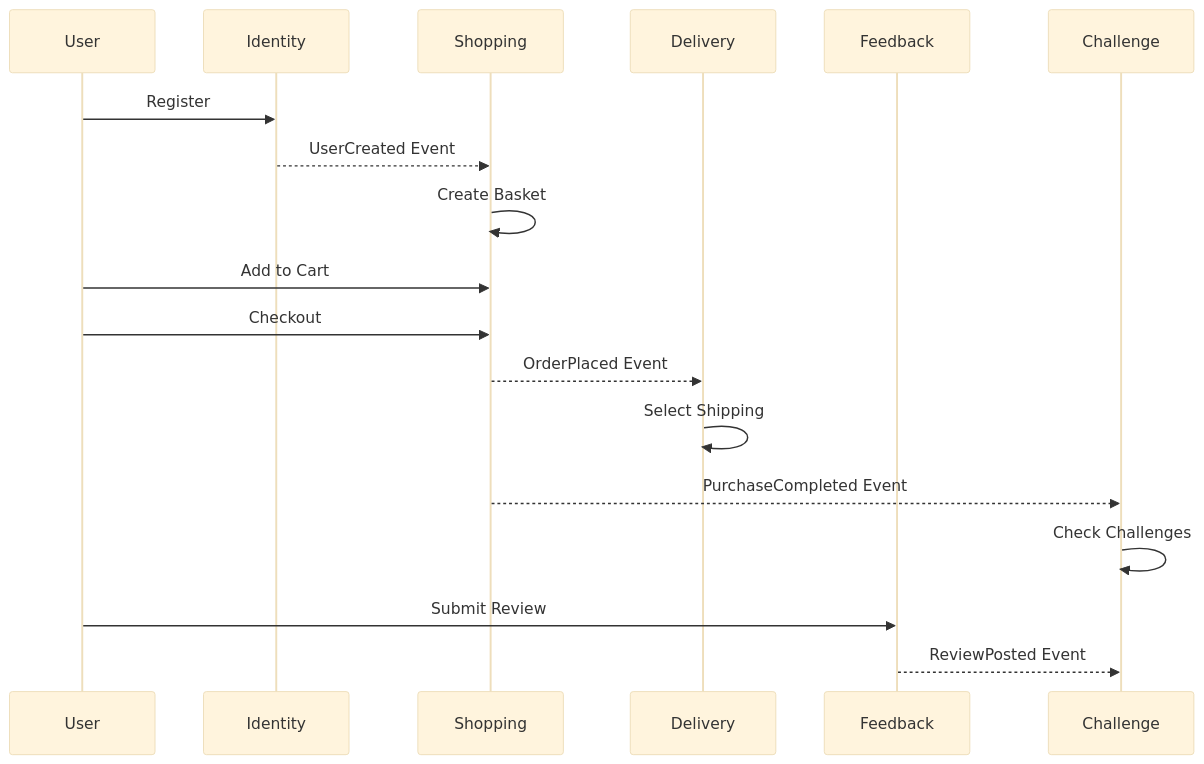
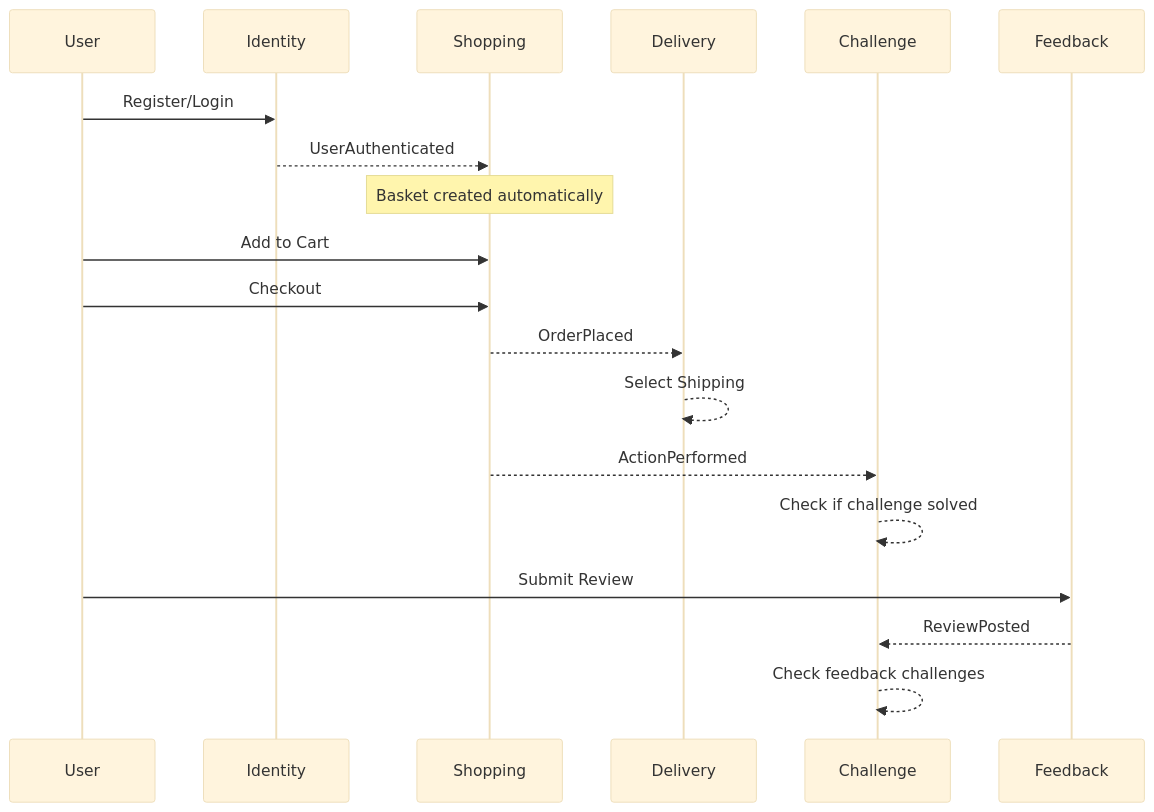
The third of 3 diagrams in Entrega 1/CONTEXT_MAP.md (SebastianAlecio/ISA_PJ), drawn with Mermaid (base theme) before and after one commit. The commit also changed other lines of this file, not shown here.

````diff
--- a/Entrega 1/CONTEXT_MAP.md
+++ b/Entrega 1/CONTEXT_MAP.md
@@ -313,24 +296,25 @@
 ```mermaid
 sequenceDiagram
-    participant User
-    participant Identity
-    participant Shopping
-    participant Delivery
-    participant Feedback
-    participant Challenge
+    participant U as User
+    participant ID as Identity
+    participant SH as Shopping
+    participant DL as Delivery
+    participant CH as Challenge
+    participant FB as Feedback
 
-    User->>Identity: Register
-    Identity-->>Shopping: UserCreated Event
-    Shopping->>Shopping: Create Basket
+    U->>ID: Register/Login
+    ID-->>SH: UserAuthenticated
+    Note over SH: Basket created automatically
 
-    User->>Shopping: Add to Cart
-    User->>Shopping: Checkout
-    Shopping-->>Delivery: OrderPlaced Event
-    Delivery->>Delivery: Select Shipping
+    U->>SH: Add to Cart
+    U->>SH: Checkout
+    SH-->>DL: OrderPlaced
+    DL-->>DL: Select Shipping
 
-    Shopping-->>Challenge: PurchaseCompleted Event
-    Challenge->>Challenge: Check Challenges
+    SH-->>CH: ActionPerformed
+    CH-->>CH: Check if challenge solved
 
-    User->>Feedback: Submit Review
-    Feedback-->>Challenge: ReviewPosted Event
+    U->>FB: Submit Review
+    FB-->>CH: ReviewPosted
+    CH-->>CH: Check feedback challenges
 ```
````
